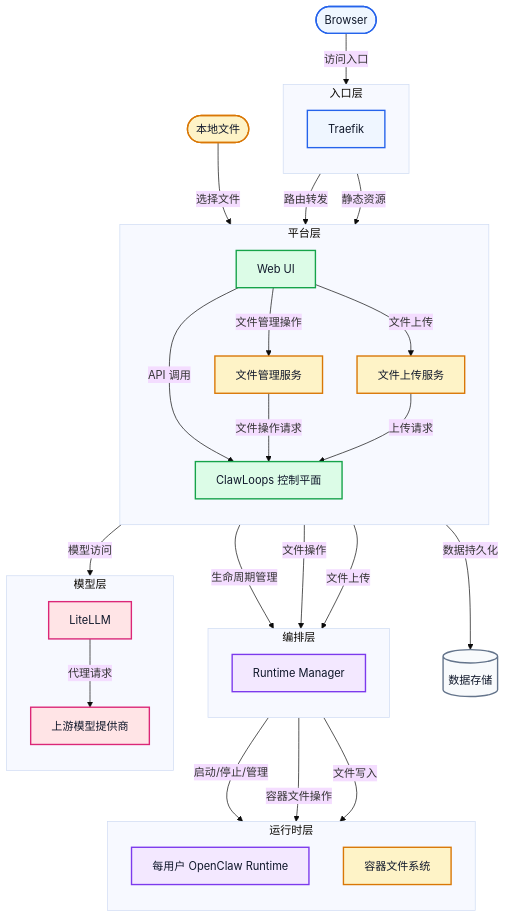
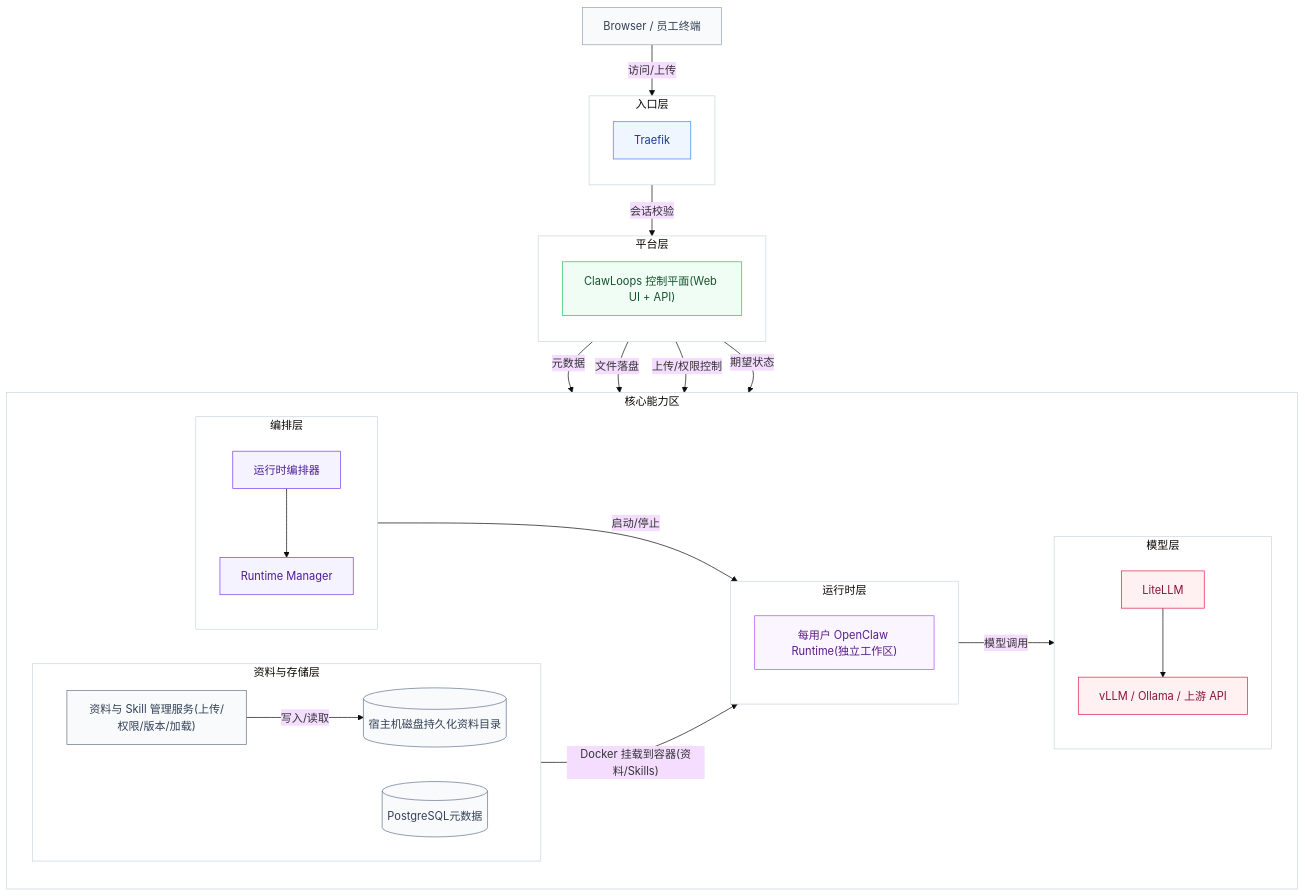
One commit to machinesociety/CrewClaw changed the diagram in README/README_zh-CN.md. Above: the diagram before and after it, drawn with Mermaid (base theme). The commit also changed other lines of this file and 2 other files, not shown here.

Commit message:
fix：更换使用模型和中文README文档

````diff
--- a/README/README_zh-CN.md
+++ b/README/README_zh-CN.md
@@ -28,65 +28,74 @@
 ```mermaid
 flowchart TB
-    A([Browser])
-    M([本地文件])
 
-    subgraph L1[入口层]
-        direction TB
-        B[Traefik]
-    end
+classDef user fill:#f8fafc,stroke:#94a3b8,stroke-width:1px,color:#334155
+classDef entry fill:#eff6ff,stroke:#3b82f6,stroke-width:1px,color:#1e3a8a
+classDef platform fill:#f0fdf4,stroke:#22c55e,stroke-width:1px,color:#14532d
+classDef runtime fill:#faf5ff,stroke:#a855f7,stroke-width:1px,color:#581c87
+classDef model fill:#fff1f2,stroke:#e11d48,stroke-width:1px,color:#881337
+classDef store fill:#f8fafc,stroke:#64748b,stroke-width:1px,color:#334155
+classDef orchestr fill:#f5f3ff,stroke:#7c3aed,stroke-width:1px,color:#4c1d95
 
-    subgraph L2[平台层]
-        direction TB
-        D[ClawLoops 控制平面]
-        E[Web UI]
-        K[文件管理服务]
-        N[文件上传服务]
-    end
+A["Browser / 员工终端"]:::user
 
-    subgraph L3[编排层]
-        direction TB
-        F[Runtime Manager]
-    end
+subgraph L1["入口层"]
+direction TB
+B["Traefik"]:::entry
+end
 
-    subgraph L4[运行时层]
-        direction TB
-        G[每用户 OpenClaw Runtime]
-        L[容器文件系统]
-    end
+subgraph L2["平台层"]
+direction TB
+D["ClawLoops 控制平面(Web UI + API)"]:::platform
+end
 
-    subgraph L5[模型层]
-        direction TB
-        H[LiteLLM]
-        I[上游模型提供商]
-    end
+A -->|访问/上传| B
+B -->|会话校验| D
 
-    J[(数据存储)]
+subgraph CORE["核心能力区"]
+direction LR
 
-    A -->|访问入口| B -->|路由转发| D
-    B -->|静态资源| E
-    E -->|API 调用| D
-    E -->|文件管理操作| K
-    E -->|文件上传| N
-    M -->|选择文件| E
-    K -->|文件操作请求| D
-    N -->|上传请求| D
-    D -->|生命周期管理| F -->|启动/停止/管理| G
-    D -->|文件操作| F -->|容器文件操作| L
-    D -->|文件上传| F -->|文件写入| L
-    D -->|模型访问| H -->|代理请求| I
-    D -->|数据持久化| J
+subgraph L5["模型层"]
+direction TB
+I["LiteLLM"]:::model
+J["vLLM / Ollama / 上游 API"]:::model
+I --> J
+end
 
-    classDef edge fill:#eff6ff,stroke:#2563eb,stroke-width:2px,color:#0f172a;
-    classDef plane fill:#dcfce7,stroke:#16a34a,stroke-width:2px,color:#0f172a;
-    classDef runtime fill:#f3e8ff,stroke:#7c3aed,stroke-width:2px,color:#0f172a;
-    classDef model fill:#ffe4e6,stroke:#db2777,stroke-width:2px,color:#0f172a;
-    classDef data fill:#f8fafc,stroke:#64748b,stroke-width:2px,color:#0f172a;
-    classDef file fill:#fef3c7,stroke:#d97706,stroke-width:2px,color:#0f172a;
+subgraph L6["资料与存储层"]
+direction LR
+N["资料与 Skill 管理服务(上传/权限/版本/加载)"]:::store
+K[(PostgreSQL元数据)]:::store
+L[(宿主机磁盘持久化资料目录)]:::store
+D -->|元数据| K
+D -->|文件落盘| L
+D -->|上传/权限控制| N
+N -->|写入/读取| L
+end
 
-    class A,B edge;
-    class D,E,K,N plane;
-    class F,G,L runtime;
-    class H,I model;
-    class J data;
-    class K,L,M,N file;
+subgraph L4["运行时层"]
+direction TB
+G["每用户 OpenClaw Runtime(独立工作区)"]:::runtime
+end
+
+subgraph L3["编排层"]
+direction TB
+E["运行时编排器"]:::orchestr
+F["Runtime Manager"]:::orchestr
+E --> F
+end
+
+end
+
+D -->|期望状态| E
+F -->|启动/停止| G
+L -->|"Docker 挂载到容器(资料/Skills)"| G
+G -->|模型调用| I
+
+style L1 fill:#ffffff,stroke:#cbd5e1,stroke-width:1px
+style L2 fill:#ffffff,stroke:#cbd5e1,stroke-width:1px
+style L4 fill:#ffffff,stroke:#cbd5e1,stroke-width:1px
+style CORE fill:#ffffff,stroke:#cbd5e1,stroke-width:1px
+style L5 fill:#ffffff,stroke:#cbd5e1,stroke-width:1px
+style L6 fill:#ffffff,stroke:#cbd5e1,stroke-width:1px
+style L3 fill:#ffffff,stroke:#cbd5e1,stroke-width:1px
 ```
````
